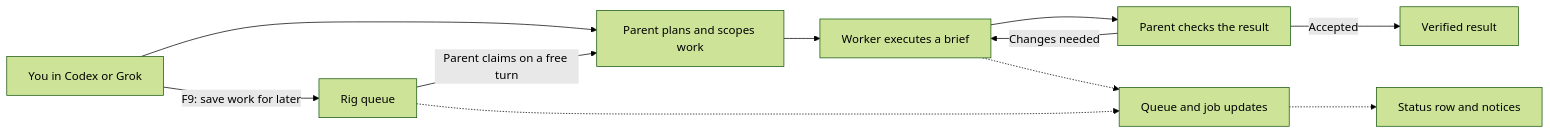
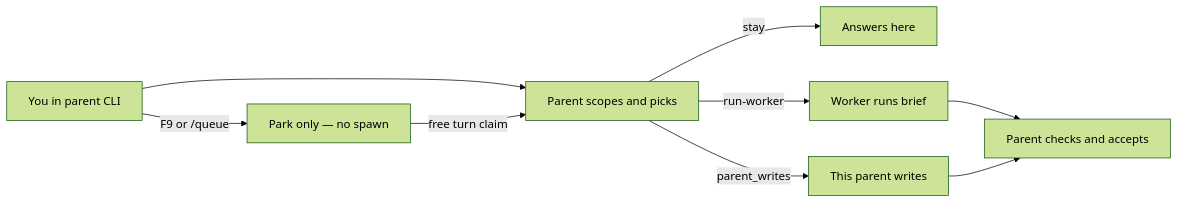
One commit to Brasth/Rig changed the first of 2 diagrams in README.md. Above: the diagram before and after it, drawn with Mermaid (forest theme). The commit also changed other lines of this file, not shown here.

````diff
--- a/README.md
+++ b/README.md
@@ -9,13 +19,11 @@
 ```mermaid
 flowchart LR
-  user["You in Codex or Grok"] --> parent["Parent plans and scopes work"]
-  parent --> worker["Worker executes a brief"]
-  worker --> review["Parent checks the result"]
-  review -->|Changes needed| worker
-  review -->|Accepted| result["Verified result"]
-  user -->|F9: save work for later| queue["Rig queue"]
-  queue -->|Parent claims on a free turn| parent
-  jobs["Queue and job updates"] -.-> ui["Status row and notices"]
-  worker -.-> jobs
-  queue -.-> jobs
+  you["You in parent CLI"] --> parent["Parent scopes and picks"]
+  parent -->|stay| answer["Answers here"]
+  parent -->|run-worker| child["Worker runs brief"]
+  parent -->|parent_writes| self["This parent writes"]
+  child --> verify["Parent checks and accepts"]
+  self --> verify
+  you -->|F9 or /queue| queue["Park only — no spawn"]
+  queue -->|free turn claim| parent
 ```
````
